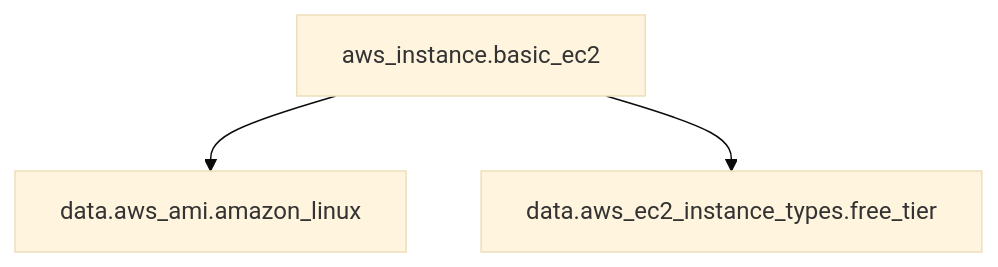
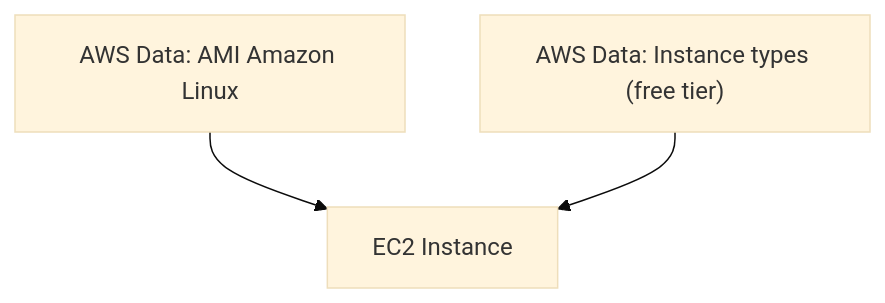
One commit to keving5726/terraform-portfolio changed the second of 2 diagrams in basic-ec2/README.md. Above: the diagram before and after it, drawn with Mermaid (base theme).

Commit message:
Update Terraform dependency graph for basic-ec2 project

````diff
--- a/basic-ec2/README.md
+++ b/basic-ec2/README.md
@@ -52,9 +52,9 @@
 ```mermaid
 graph TD
-    ami["data.aws_ami.amazon_linux"]
-    types["data.aws_ec2_instance_types.free_tier"]
-    ec2["aws_instance.basic_ec2"]
+    ami["AWS Data: AMI Amazon Linux"]
+    types["AWS Data: Instance types (free tier)"]
+    ec2["EC2 Instance"]
 
-    ec2 --> ami
-    ec2 --> types
+    ami --> ec2
+    types --> ec2
 ```
````
